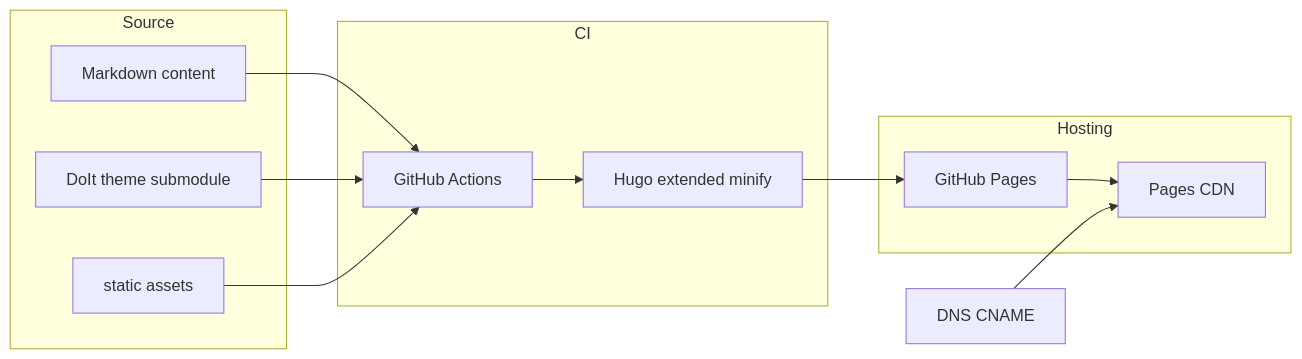
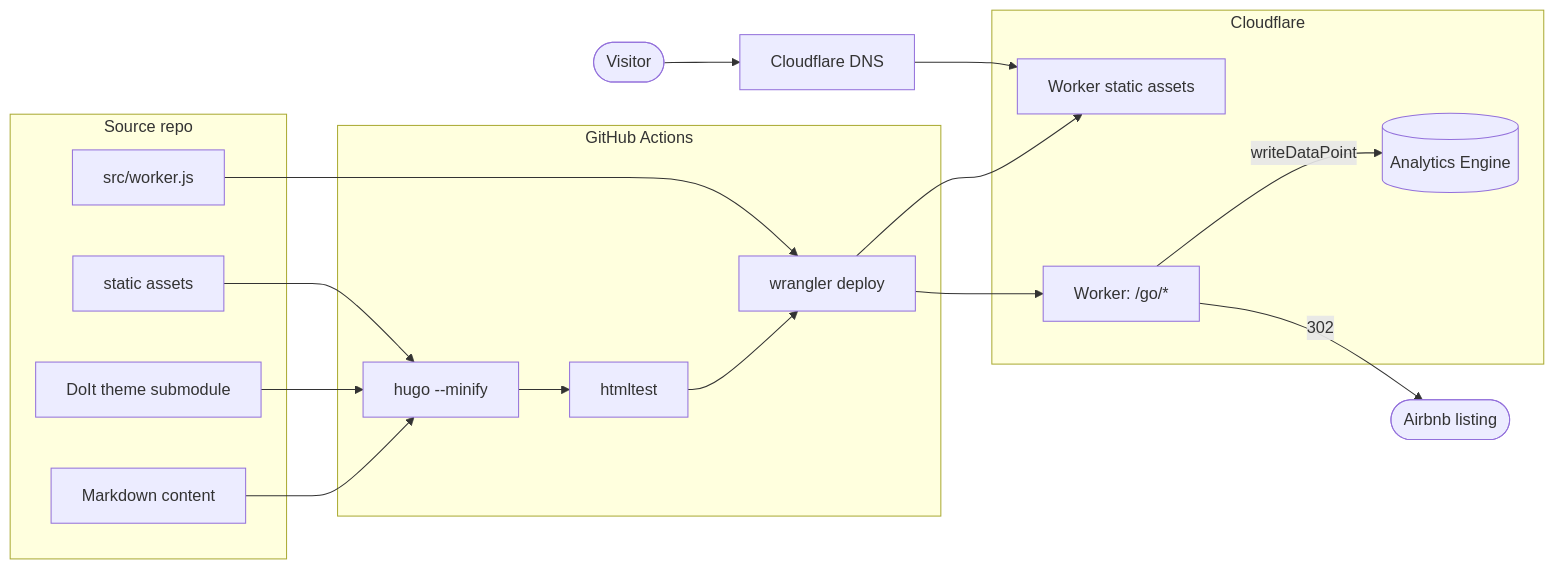
Before and after one commit to hallb/highlandhideaway.ca-planner: the diagram in docs/02-solution/README.md, drawn with Mermaid. The commit also changed other lines of this file and 20 other files, not shown here.

````diff
--- a/docs/02-solution/README.md
+++ b/docs/02-solution/README.md
@@ -7,23 +7,31 @@
 ```mermaid
 flowchart LR
-  subgraph source [Source]
+  subgraph source [Source repo]
     MD[Markdown content]
     Theme[DoIt theme submodule]
     Static[static assets]
+    Worker[src/worker.js]
   end
-  subgraph ci [CI]
-    GA[GitHub Actions]
-    Hugo[Hugo extended minify]
+  subgraph ci [GitHub Actions]
+    Build[hugo --minify]
+    Test[htmltest]
+    Deploy[wrangler deploy]
   end
-  subgraph host [Hosting]
-    Pages[GitHub Pages]
-    CDN[Pages CDN]
+  subgraph cf [Cloudflare]
+    Assets[Worker static assets]
+    WK[Worker: /go/*]
+    AE[(Analytics Engine)]
   end
-  MD --> GA
-  Theme --> GA
-  Static --> GA
-  GA --> Hugo
-  Hugo --> Pages
-  Pages --> CDN
-  DNS[DNS CNAME] --> CDN
+  MD --> Build
+  Theme --> Build
+  Static --> Build
+  Build --> Test
+  Test --> Deploy
+  Worker --> Deploy
+  Deploy --> Assets
+  Deploy --> WK
+  WK -- writeDataPoint --> AE
+  DNS[Cloudflare DNS] --> Assets
+  Visitor([Visitor]) --> DNS
+  WK -- 302 --> Airbnb([Airbnb listing])
 ```
````
